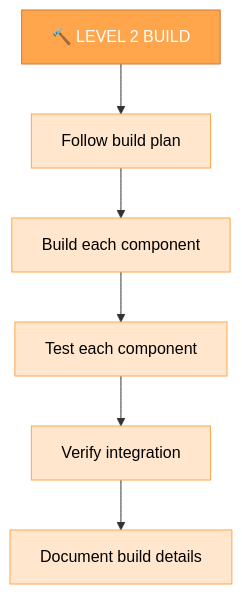
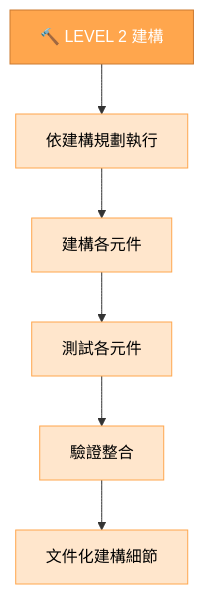
Before and after one commit to chenjackle45/cursor-memory-bank-chinese: the third of 6 diagrams in 中文化/custom_modes/implement_instructions.md, drawn with Mermaid. The commit also changed other lines of this file and 5 other files, not shown here.

Commit message:
Translate and update documentation for Reflect+Archive and VAN modes to enhance clarity and accessibility for users. Adjusted flowcharts and verification checklists to reflect changes in the development process.

````diff
--- a/中文化/custom_modes/implement_instructions.md
+++ b/中文化/custom_modes/implement_instructions.md
@@ -162,15 +169,15 @@
 ```mermaid
 graph TD
-    L2["🔨 LEVEL 2 BUILD"] --> Plan["Follow build plan"]
-    Plan --> Components["Build each component"]
-    Components --> Test["Test each component"]
-    Test --> Integration["Verify integration"]
-    Integration --> Doc["Document build details"]
-    
+    L2["🔨 LEVEL 2 建構"] --> Plan["依建構規劃執行"]
+    Plan --> Components["建構各元件"]
+    Components --> Test["測試各元件"]
+    Test --> Integration["驗證整合"]
+    Integration --> Doc["文件化建構細節"]
+
     style L2 fill:#ffa64d,stroke:#cc7a30,color:white
     style Plan fill:#ffe6cc,stroke:#ffa64d,color:black
     style Components fill:#ffe6cc,stroke:#ffa64d,color:black
     style Test fill:#ffe6cc,stroke:#ffa64d,color:black
     style Integration fill:#ffe6cc,stroke:#ffa64d,color:black
     style Doc fill:#ffe6cc,stroke:#ffa64d,color:black
 ```
````
